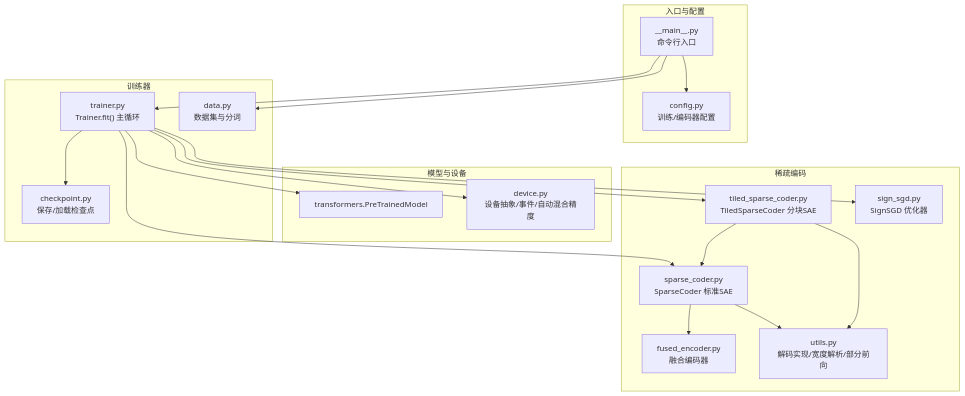
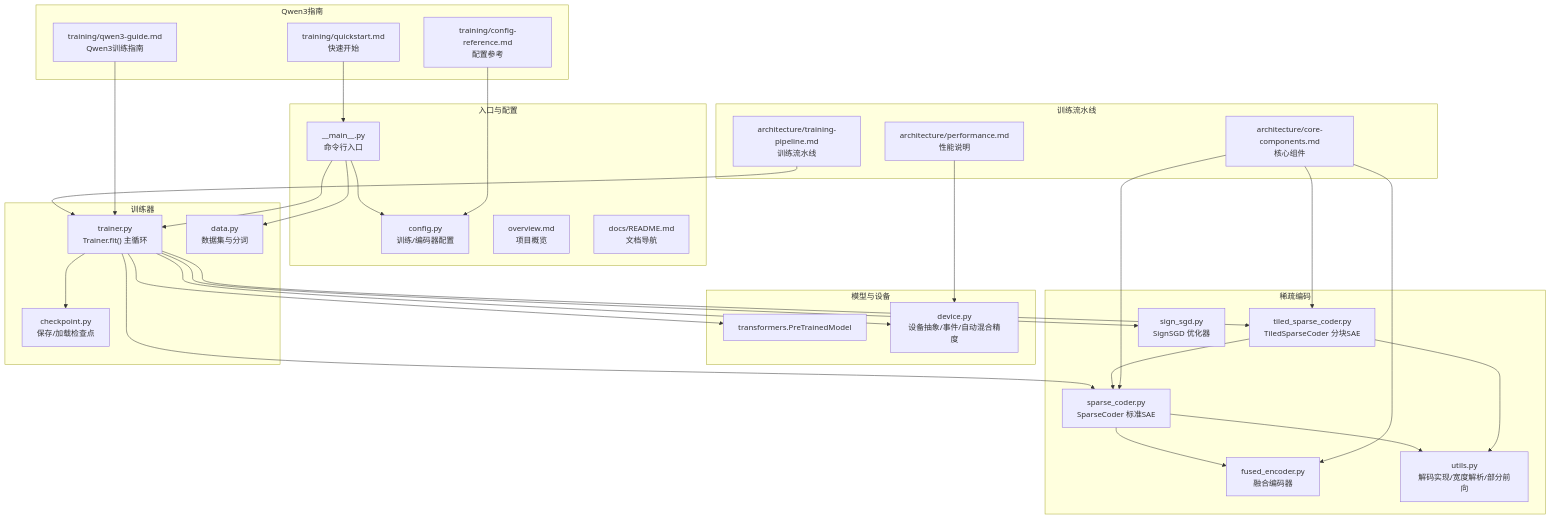
Before and after one commit to duanzhaol/sparsify: the first of 8 diagrams in .qoder/repowiki/zh/content/训练系统/训练系统.md, drawn with Mermaid. The commit also changed other lines of this file and 6 other files, not shown here.

````diff
--- a/.qoder/repowiki/zh/content/训练系统/训练系统.md
+++ b/.qoder/repowiki/zh/content/训练系统/训练系统.md
@@ -40,36 +58,56 @@
 ```mermaid
 graph TB
 subgraph "入口与配置"
 MAIN["__main__.py<br/>命令行入口"]
 CFG["config.py<br/>训练/编码器配置"]
+OVERVIEW["overview.md<br/>项目概览"]
+README["docs/README.md<br/>文档导航"]
+end
+subgraph "训练流水线"
+PIPELINE["architecture/training-pipeline.md<br/>训练流水线"]
+CORECOMP["architecture/core-components.md<br/>核心组件"]
+PERFORMANCE["architecture/performance.md<br/>性能说明"]
 end
 subgraph "训练器"
 TRAINER["trainer.py<br/>Trainer.fit() 主循环"]
 CKPT["checkpoint.py<br/>保存/加载检查点"]
 DATAUTIL["data.py<br/>数据集与分词"]
 end
 subgraph "模型与设备"
 MODEL["transformers.PreTrainedModel"]
 DEVICE["device.py<br/>设备抽象/事件/自动混合精度"]
 end
 subgraph "稀疏编码"
 SC["sparse_coder.py<br/>SparseCoder 标准SAE"]
 TSC["tiled_sparse_coder.py<br/>TiledSparseCoder 分块SAE"]
 FE["fused_encoder.py<br/>融合编码器"]
 UTILS["utils.py<br/>解码实现/宽度解析/部分前向"]
 SIGN["sign_sgd.py<br/>SignSGD 优化器"]
 end
+subgraph "Qwen3指南"
+QWENGUIDE["training/qwen3-guide.md<br/>Qwen3训练指南"]
+QUICKSTART["training/quickstart.md<br/>快速开始"]
+CONFIGREF["training/config-reference.md<br/>配置参考"]
+end
 MAIN --> TRAINER
 MAIN --> DATAUTIL
 MAIN --> CFG
 TRAINER --> MODEL
 TRAINER --> DEVICE
 TRAINER --> CKPT
 TRAINER --> SC
 TRAINER --> TSC
 SC --> FE
 SC --> UTILS
 TSC --> SC
 TSC --> UTILS
 TRAINER --> SIGN
+PIPELINE --> TRAINER
+CORECOMP --> SC
+CORECOMP --> TSC
+CORECOMP --> FE
+PERFORMANCE --> DEVICE
+QWENGUIDE --> TRAINER
+QUICKSTART --> MAIN
+CONFIGREF --> CFG
 ```
````
